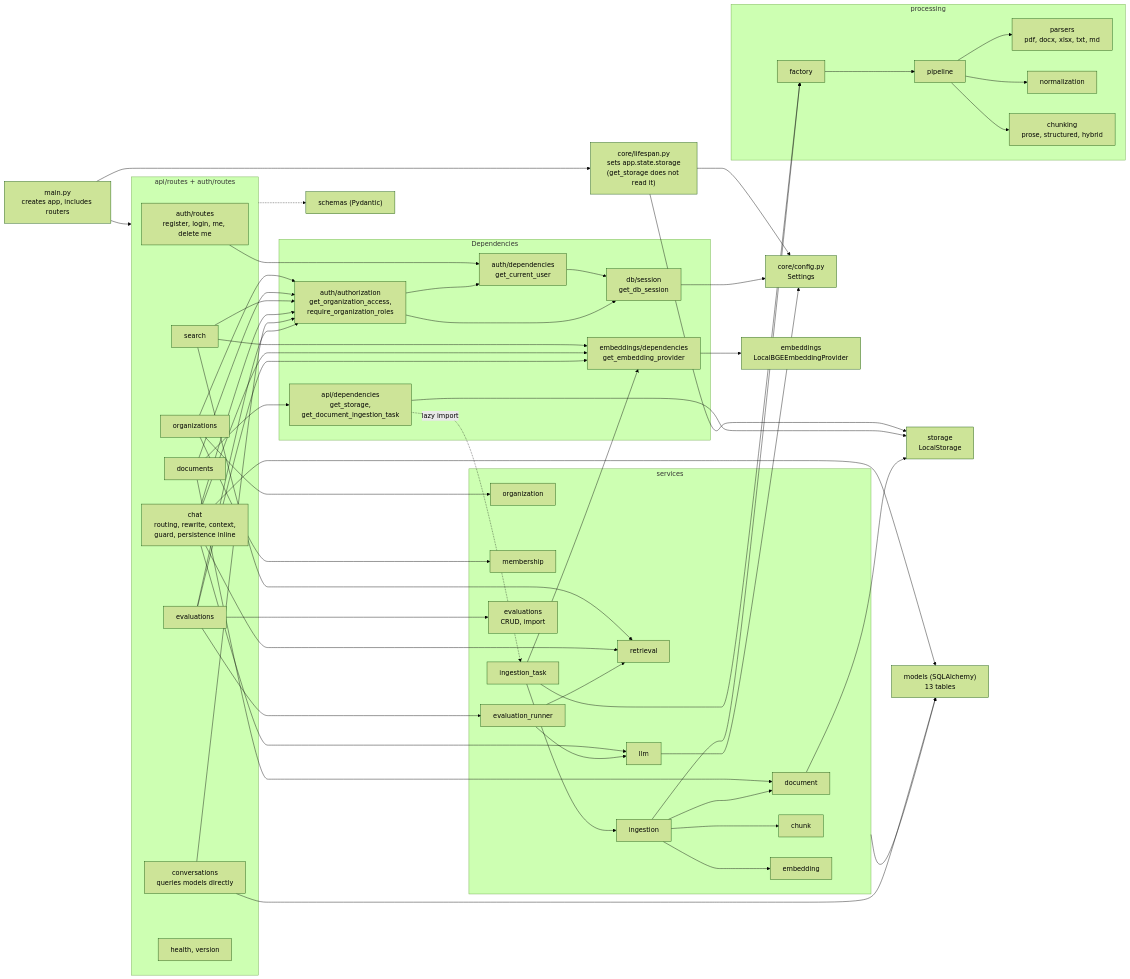
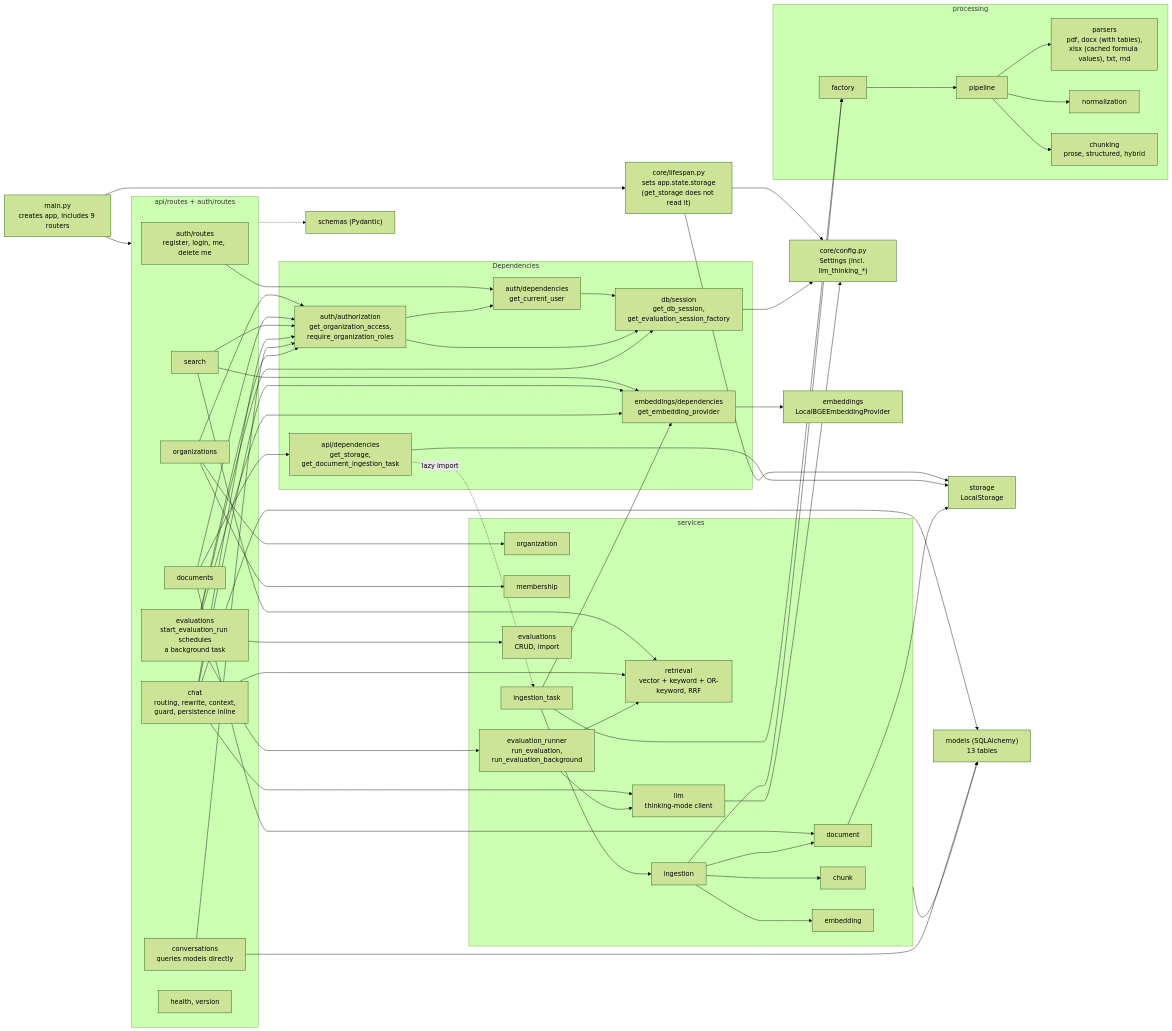
One commit to Samir-pemi-magar/Docpilot changed the diagram in docs/diagrams/03-backend-components.mmd. Above: the diagram before and after it, drawn with Mermaid (forest theme). The commit also changed 17 other files, not shown here.

Commit message:
docs: update README, architecture notes and diagrams to match code

```diff
--- a/docs/diagrams/03-backend-components.mmd
+++ b/docs/diagrams/03-backend-components.mmd
@@ -1,106 +1,109 @@
 %% DocPilot - Backend components (backend/app), arrows = real import/call dependencies
+%% Changes vs. previous version: evaluation background runner + session factory,
+%% llm settings, DOCX/XLSX parser notes.
 flowchart LR
-    main["main.py<br/>creates app, includes routers"]
+    main["main.py<br/>creates app, includes 9 routers"]
     lifespan["core/lifespan.py<br/>sets app.state.storage<br/>(get_storage does not read it)"]
-    config["core/config.py<br/>Settings"]
+    config["core/config.py<br/>Settings (incl. llm_thinking_*)"]
 
     subgraph routes["api/routes + auth/routes"]
         r_auth["auth/routes<br/>register, login, me, delete me"]
         r_org["organizations"]
         r_doc["documents"]
         r_search["search"]
         r_chat["chat<br/>routing, rewrite, context,<br/>guard, persistence inline"]
         r_conv["conversations<br/>queries models directly"]
-        r_eval["evaluations"]
+        r_eval["evaluations<br/>start_evaluation_run schedules<br/>a background task"]
         r_misc["health, version"]
     end
 
     subgraph deps["Dependencies"]
         d_api["api/dependencies<br/>get_storage,<br/>get_document_ingestion_task"]
         d_auth["auth/dependencies<br/>get_current_user"]
         d_authz["auth/authorization<br/>get_organization_access,<br/>require_organization_roles"]
         d_emb["embeddings/dependencies<br/>get_embedding_provider"]
-        d_db["db/session<br/>get_db_session"]
+        d_db["db/session<br/>get_db_session,<br/>get_evaluation_session_factory"]
     end
 
     subgraph services["services"]
         s_doc["document"]
         s_org["organization"]
         s_mem["membership"]
-        s_ret["retrieval"]
-        s_llm["llm"]
+        s_ret["retrieval<br/>vector + keyword + OR-keyword, RRF"]
+        s_llm["llm<br/>thinking-mode client"]
         s_ing["ingestion"]
         s_task["ingestion_task"]
         s_chunk["chunk"]
         s_embed["embedding"]
         s_eval["evaluations<br/>CRUD, import"]
-        s_run["evaluation_runner"]
+        s_run["evaluation_runner<br/>run_evaluation,<br/>run_evaluation_background"]
     end
 
     subgraph processing["processing"]
         p_fac["factory"]
         p_pipe["pipeline"]
-        parsers["parsers<br/>pdf, docx, xlsx, txt, md"]
+        parsers["parsers<br/>pdf, docx (with tables),<br/>xlsx (cached formula values), txt, md"]
         norm["normalization"]
         chunking["chunking<br/>prose, structured, hybrid"]
     end
 
     emb["embeddings<br/>LocalBGEEmbeddingProvider"]
     storage["storage<br/>LocalStorage"]
     models["models (SQLAlchemy)<br/>13 tables"]
     schemas["schemas (Pydantic)"]
 
     main --> routes
     main --> lifespan
     lifespan --> storage
     lifespan --> config
 
     r_auth --> d_auth
     r_org --> d_authz
     r_doc --> d_authz
     r_search --> d_authz
     r_chat --> d_authz
     r_conv --> d_authz
     r_eval --> d_authz
     d_authz --> d_auth
     d_auth --> d_db
     d_authz --> d_db
 
     r_org --> s_org
     r_org --> s_mem
     r_doc --> s_doc
     r_doc --> d_api
     r_search --> s_ret
     r_search --> d_emb
     r_chat --> s_ret
     r_chat --> s_llm
     r_chat --> d_emb
     r_chat --> models
     r_conv --> models
     r_eval --> s_eval
     r_eval --> s_run
     r_eval --> d_emb
+    r_eval --> d_db
     s_run --> s_ret
     s_run --> s_llm
 
     d_api --> storage
     d_api -.->|"lazy import"| s_task
     s_task --> s_ing
     s_task --> p_fac
     s_task --> d_emb
     s_ing --> p_fac
     s_ing --> s_chunk
     s_ing --> s_embed
     s_ing --> s_doc
     s_doc --> storage
     d_emb --> emb
 
     p_fac --> p_pipe
     p_pipe --> parsers
     p_pipe --> norm
     p_pipe --> chunking
 
     services --> models
     routes -.-> schemas
     s_llm --> config
     d_db --> config
```
